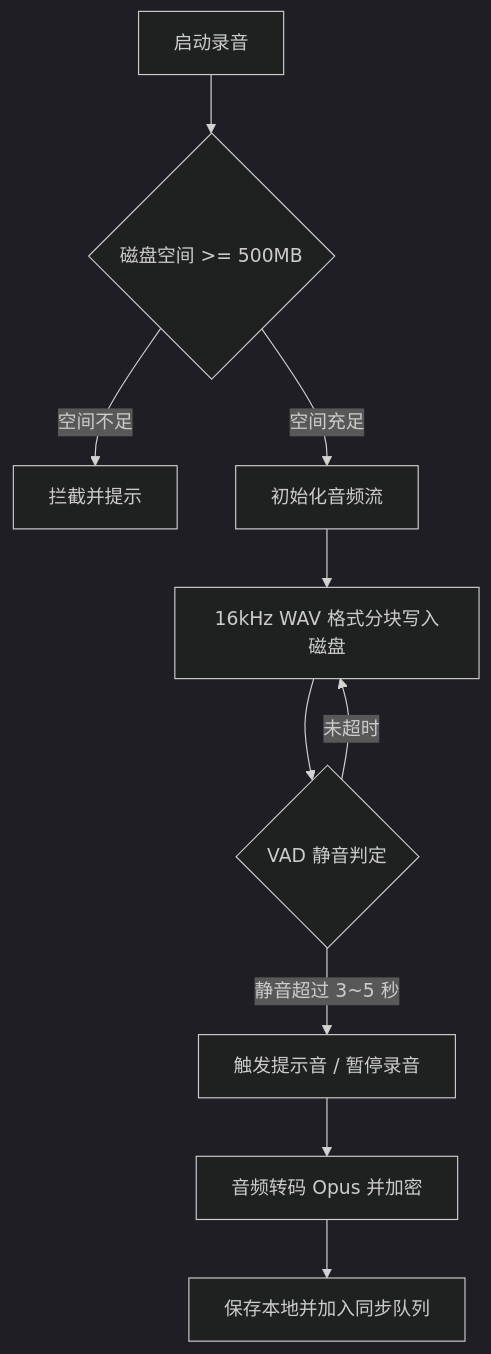
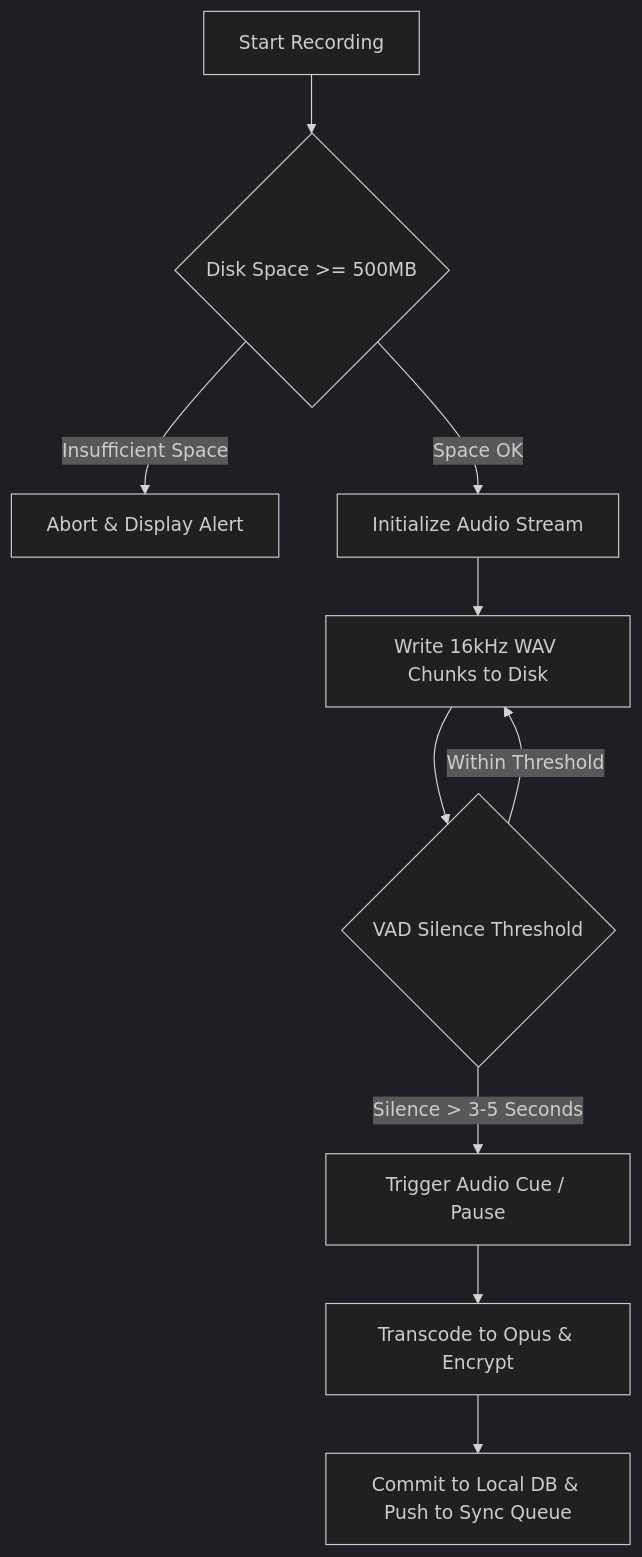
Before and after one commit to MeiSiristhebest/TimeLog: the third of 3 diagrams in README.md, drawn with Mermaid (dark theme). The commit also changed other lines of this file, not shown here.

````diff
--- a/README.md
+++ b/README.md
@@ -200,12 +205,12 @@
 ```mermaid
 graph TD
-    A["启动录音"] --> B{"磁盘空间 >= 500MB"}
-    B -- "空间不足" --> C["拦截并提示"]
-    B -- "空间充足" --> D["初始化音频流"]
-    D --> E["16kHz WAV 格式分块写入磁盘"]
-    E --> F{"VAD 静音判定"}
-    F -- "未超时" --> E
-    F -- "静音超过 3~5 秒" --> G["触发提示音 / 暂停录音"]
-    G --> H["音频转码 Opus 并加密"]
-    H --> I["保存本地并加入同步队列"]
+    A["Start Recording"] --> B{"Disk Space >= 500MB"}
+    B -- "Insufficient Space" --> C["Abort & Display Alert"]
+    B -- "Space OK" --> D["Initialize Audio Stream"]
+    D --> E["Write 16kHz WAV Chunks to Disk"]
+    E --> F{"VAD Silence Threshold"}
+    F -- "Within Threshold" --> E
+    F -- "Silence > 3-5 Seconds" --> G["Trigger Audio Cue / Pause"]
+    G --> H["Transcode to Opus & Encrypt"]
+    H --> I["Commit to Local DB & Push to Sync Queue"]
 ```
````
